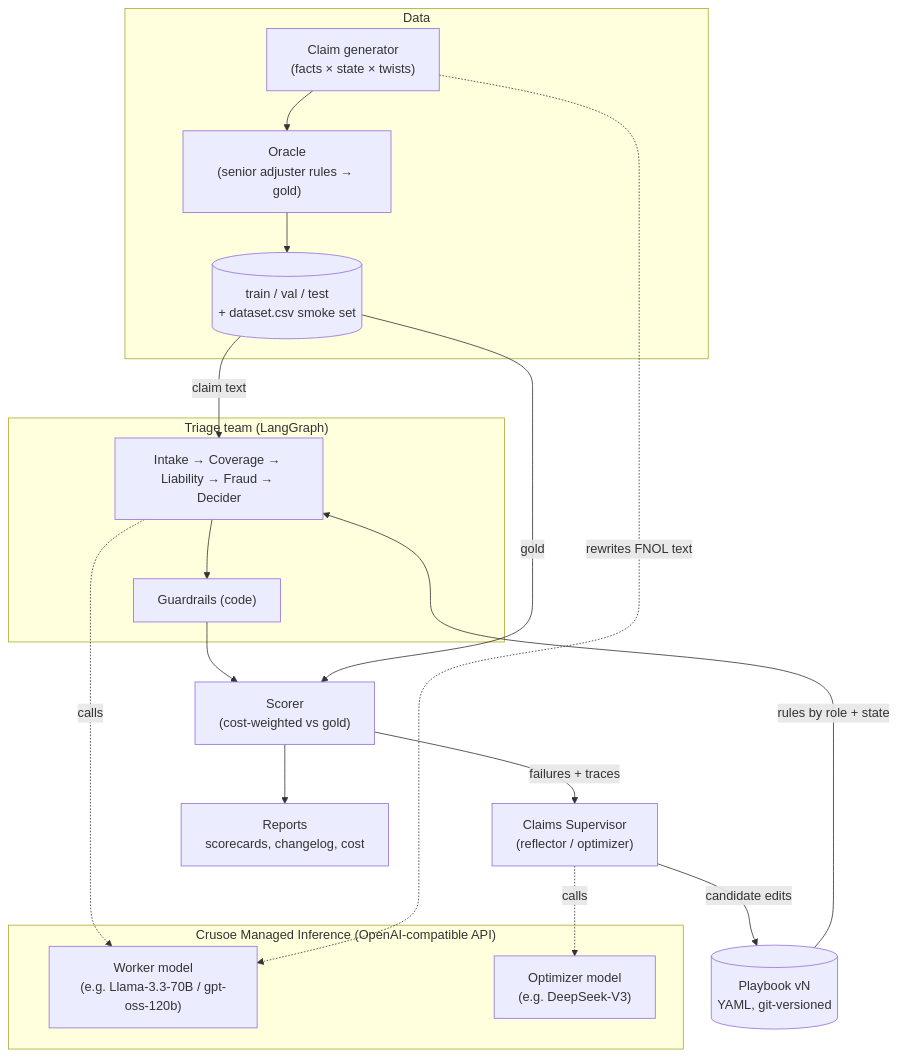
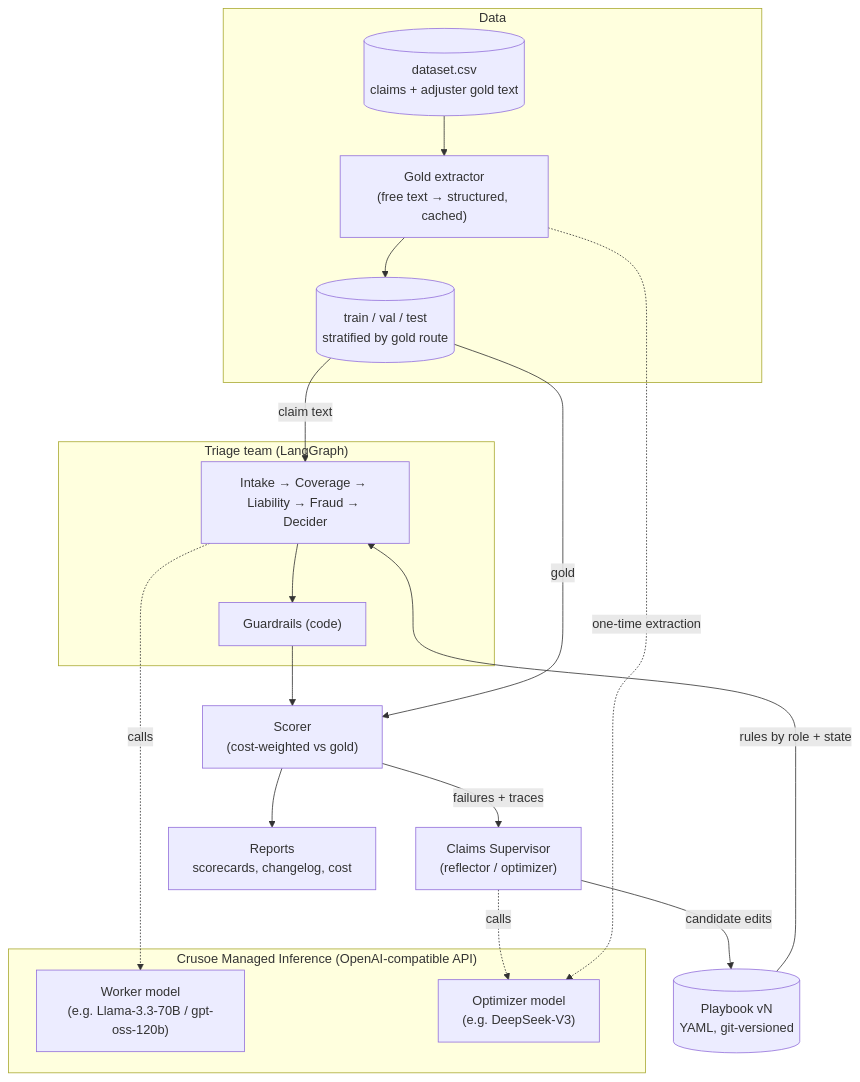
One commit to knatarasan/agent-team-crusoe changed the first of 4 diagrams in architecture.md. Above: the diagram before and after it, drawn with Mermaid. The commit also changed other lines of this file and 20 other files, not shown here.

````diff
--- a/architecture.md
+++ b/architecture.md
@@ -9,35 +9,35 @@
 ```mermaid
 flowchart TB
     subgraph Crusoe["Crusoe Managed Inference (OpenAI-compatible API)"]
         WM["Worker model<br/>(e.g. Llama-3.3-70B / gpt-oss-120b)"]
         OM["Optimizer model<br/>(e.g. DeepSeek-V3)"]
     end
 
     subgraph Data["Data"]
-        GEN["Claim generator<br/>(facts × state × twists)"]
-        ORA["Oracle<br/>(senior adjuster rules → gold)"]
-        SPL[("train / val / test<br/>+ dataset.csv smoke set")]
+        CSV[("dataset.csv<br/>claims + adjuster gold text")]
+        ORA["Gold extractor<br/>(free text → structured, cached)"]
+        SPL[("train / val / test<br/>stratified by gold route")]
     end
 
     subgraph Team["Triage team (LangGraph)"]
         AG["Intake → Coverage → Liability → Fraud → Decider"]
         GR["Guardrails (code)"]
     end
 
     PB[("Playbook vN<br/>YAML, git-versioned")]
     SC["Scorer<br/>(cost-weighted vs gold)"]
     SUP["Claims Supervisor<br/>(reflector / optimizer)"]
     REP["Reports<br/>scorecards, changelog, cost"]
 
-    GEN --> ORA --> SPL
+    CSV --> ORA --> SPL
     SPL -->|claim text| AG
     PB -->|rules by role + state| AG
     AG --> GR --> SC
     SPL -->|gold| SC
     SC -->|failures + traces| SUP
     SUP -->|candidate edits| PB
     SC --> REP
     AG -.calls.-> WM
     SUP -.calls.-> OM
-    GEN -.rewrites FNOL text.-> WM
+    ORA -.one-time extraction.-> OM
 ```
````
